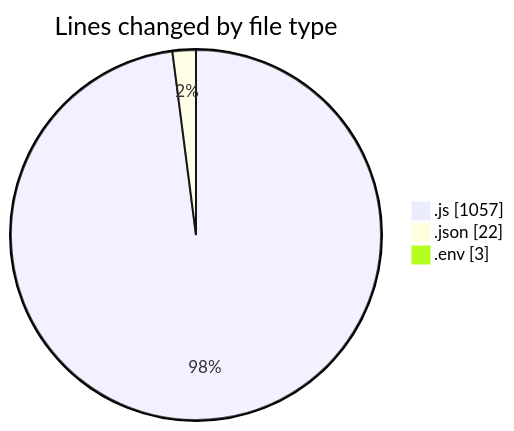
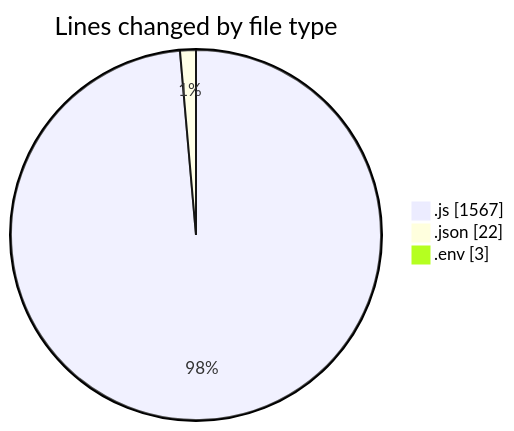
Before and after one commit to lephambinh05/code-tracking: the first of 2 diagrams in 2025-07-19/eduwallet-main/README.md, drawn with Mermaid. The commit also changed other lines of this file and 1 other file, not shown here.

````diff
--- a/2025-07-19/eduwallet-main/README.md
+++ b/2025-07-19/eduwallet-main/README.md
@@ -31,7 +32,7 @@
 ```mermaid
 pie showData
 title Lines changed by file type
-".js" : 1057
+".js" : 1567
 ".json" : 22
 ".env" : 3
 ```
````
